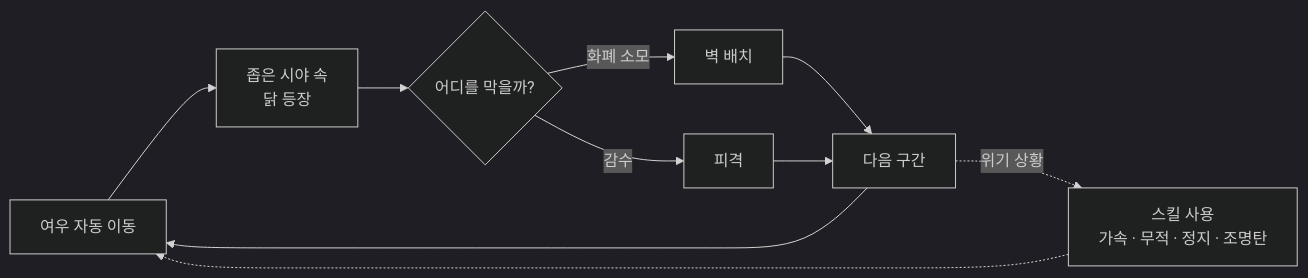
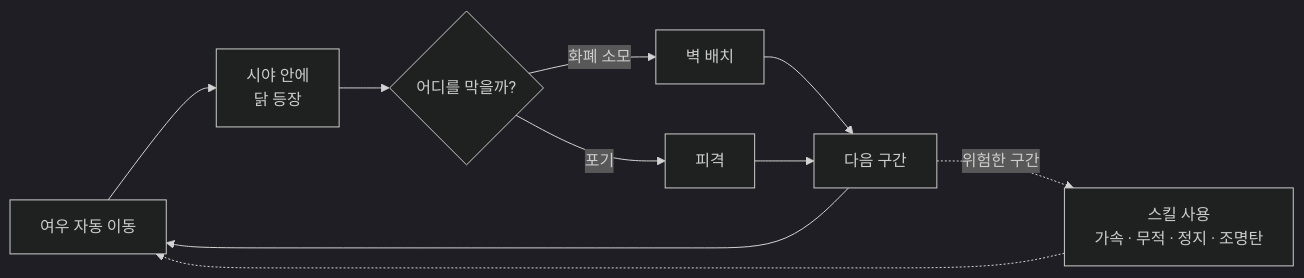
One commit to Jinyong1232/MCP changed the first of 2 diagrams in README.md. Above: the diagram before and after it, drawn with Mermaid (dark theme). The commit also changed other lines of this file, not shown here.

````diff
--- a/README.md
+++ b/README.md
@@ -61,12 +66,12 @@
 ```mermaid
 flowchart LR
-    A[여우 자동 이동] --> B[좁은 시야 속<br/>닭 등장]
+    A[여우 자동 이동] --> B[시야 안에<br/>닭 등장]
     B --> C{어디를 막을까?}
     C -->|화폐 소모| D[벽 배치]
-    C -->|감수| E[피격]
+    C -->|포기| E[피격]
     D --> F[다음 구간]
     E --> F
     F --> A
-    F -.->|위기 상황| G[스킬 사용<br/>가속 · 무적 · 정지 · 조명탄]
+    F -.->|위험한 구간| G[스킬 사용<br/>가속 · 무적 · 정지 · 조명탄]
     G -.-> A
 ```
````
